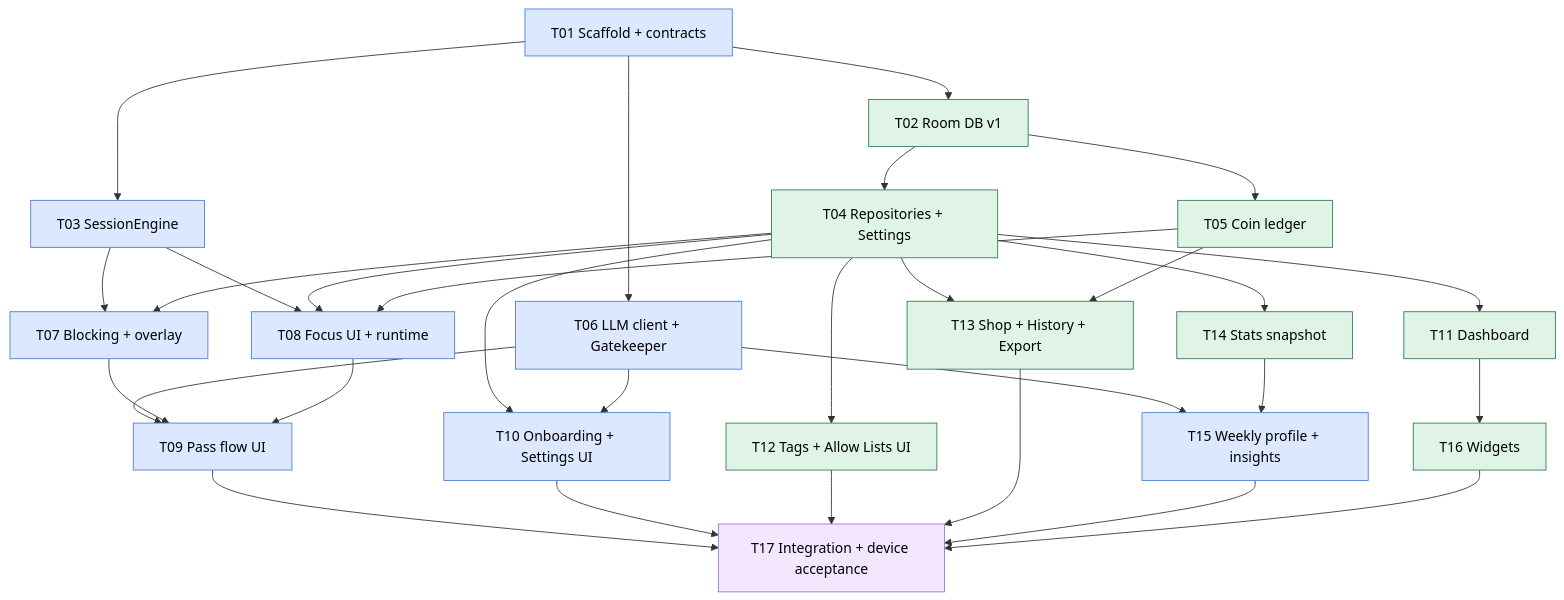
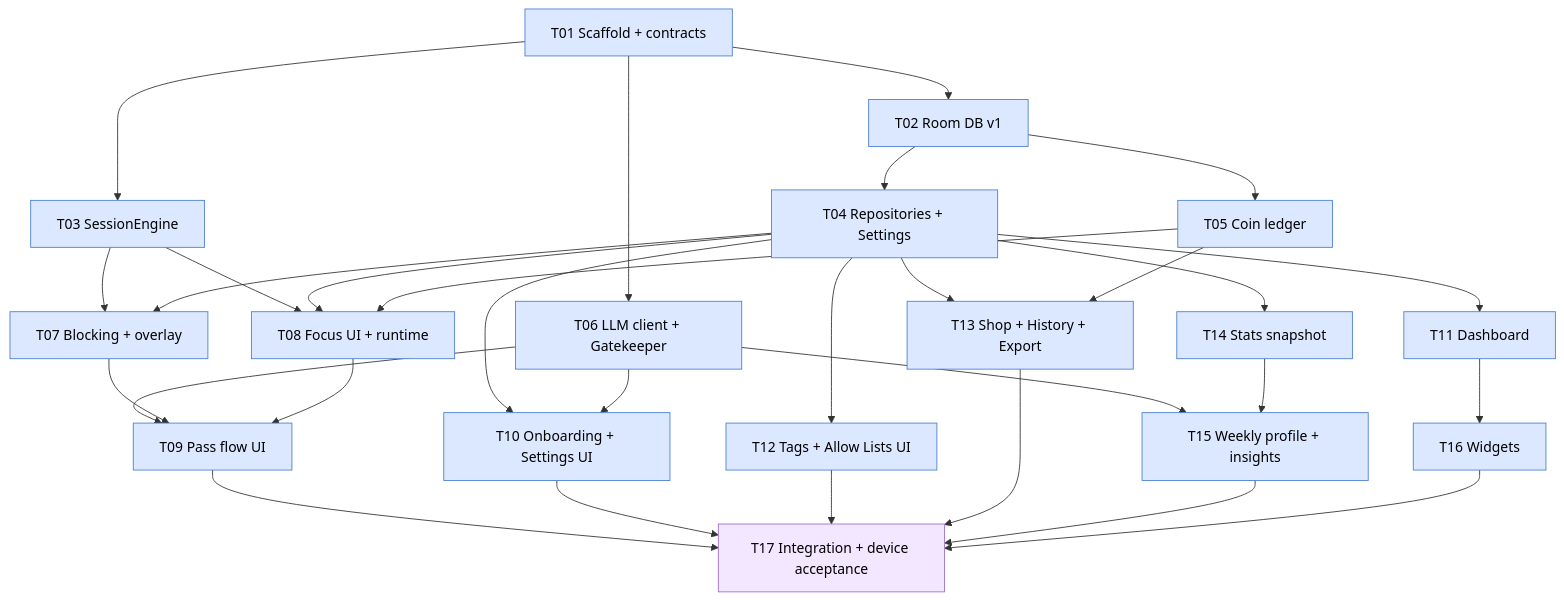
Before and after one commit to KrunalWankhade9021/Root: the fourth of 4 diagrams in docs/superpowers/plans/2026-10-21-rootd-build-plan.md, drawn with Mermaid. The commit also changed other lines of this file and 24 other files, not shown here.

First line of the commit message:
T02: Room database v1 (redone) + all tasks reassigned to Claude (#5)

````diff
--- a/docs/superpowers/plans/2026-10-21-rootd-build-plan.md
+++ b/docs/superpowers/plans/2026-10-21-rootd-build-plan.md
@@ -240,36 +244,35 @@
 ```mermaid
 flowchart TD
   classDef claude fill:#dbe8ff,stroke:#4a7fd1,color:#000
-  classDef opencode fill:#dff3e6,stroke:#2e7d4f,color:#000
   classDef both fill:#f3e6ff,stroke:#9b6fd1,color:#000
 
   T01["T01 Scaffold + contracts"]:::claude
-  T02["T02 Room DB v1"]:::opencode
+  T02["T02 Room DB v1"]:::claude
   T03["T03 SessionEngine"]:::claude
-  T04["T04 Repositories + Settings"]:::opencode
-  T05["T05 Coin ledger"]:::opencode
+  T04["T04 Repositories + Settings"]:::claude
+  T05["T05 Coin ledger"]:::claude
   T06["T06 LLM client + Gatekeeper"]:::claude
   T07["T07 Blocking + overlay"]:::claude
   T08["T08 Focus UI + runtime"]:::claude
   T09["T09 Pass flow UI"]:::claude
   T10["T10 Onboarding + Settings UI"]:::claude
-  T11["T11 Dashboard"]:::opencode
-  T12["T12 Tags + Allow Lists UI"]:::opencode
-  T13["T13 Shop + History + Export"]:::opencode
-  T14["T14 Stats snapshot"]:::opencode
+  T11["T11 Dashboard"]:::claude
+  T12["T12 Tags + Allow Lists UI"]:::claude
+  T13["T13 Shop + History + Export"]:::claude
+  T14["T14 Stats snapshot"]:::claude
   T15["T15 Weekly profile + insights"]:::claude
-  T16["T16 Widgets"]:::opencode
+  T16["T16 Widgets"]:::claude
   T17["T17 Integration + device acceptance"]:::both
 
   T01 --> T02 & T03 & T06
   T02 --> T04 & T05
   T03 --> T07 & T08
   T04 --> T07 & T08 & T10 & T11 & T12 & T13 & T14
   T05 --> T08 & T13
   T06 --> T09 & T10 & T15
   T07 --> T09
   T08 --> T09
   T14 --> T15
   T11 --> T16
   T09 & T10 & T12 & T13 & T15 & T16 --> T17
 ```
````
